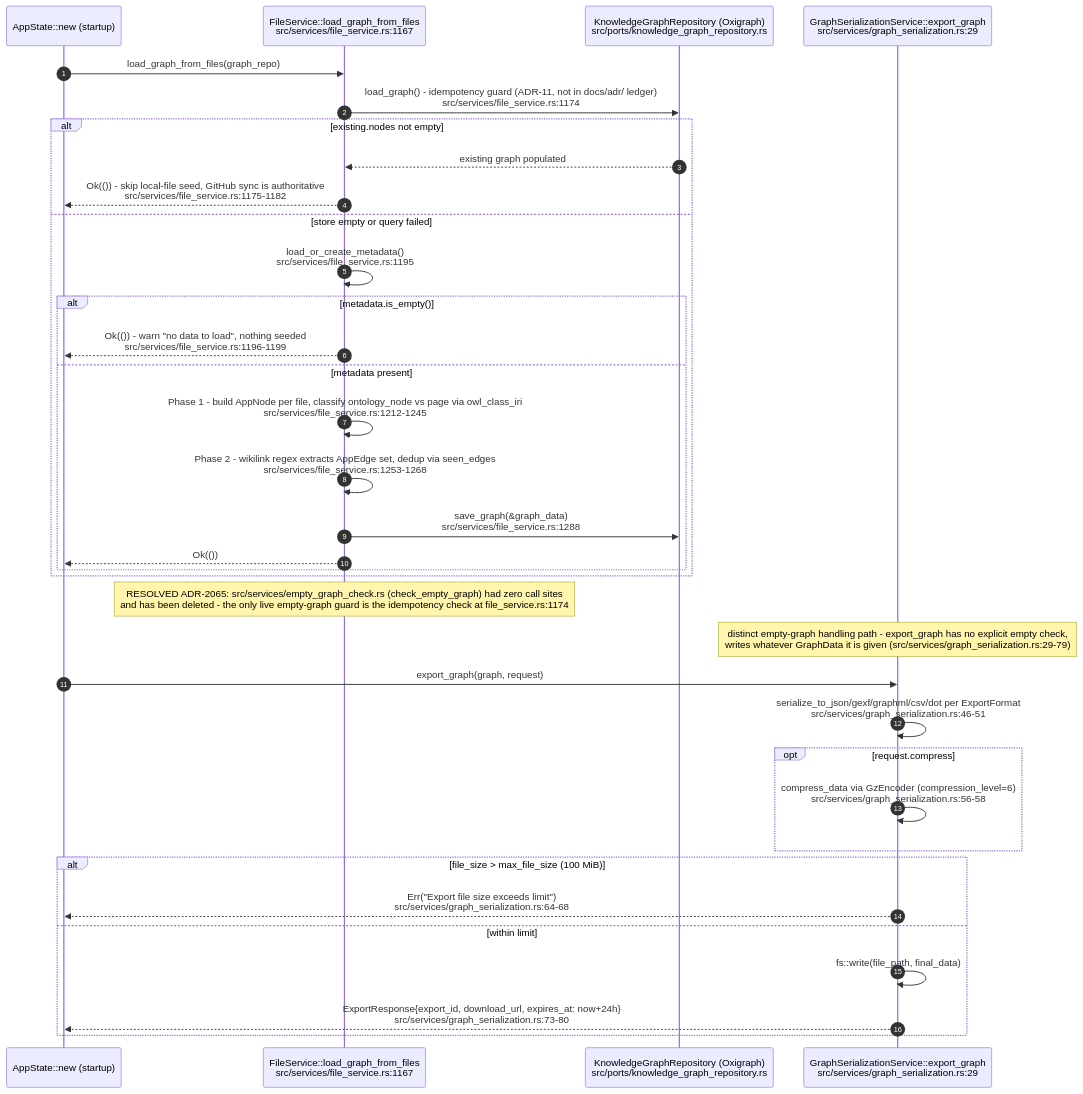
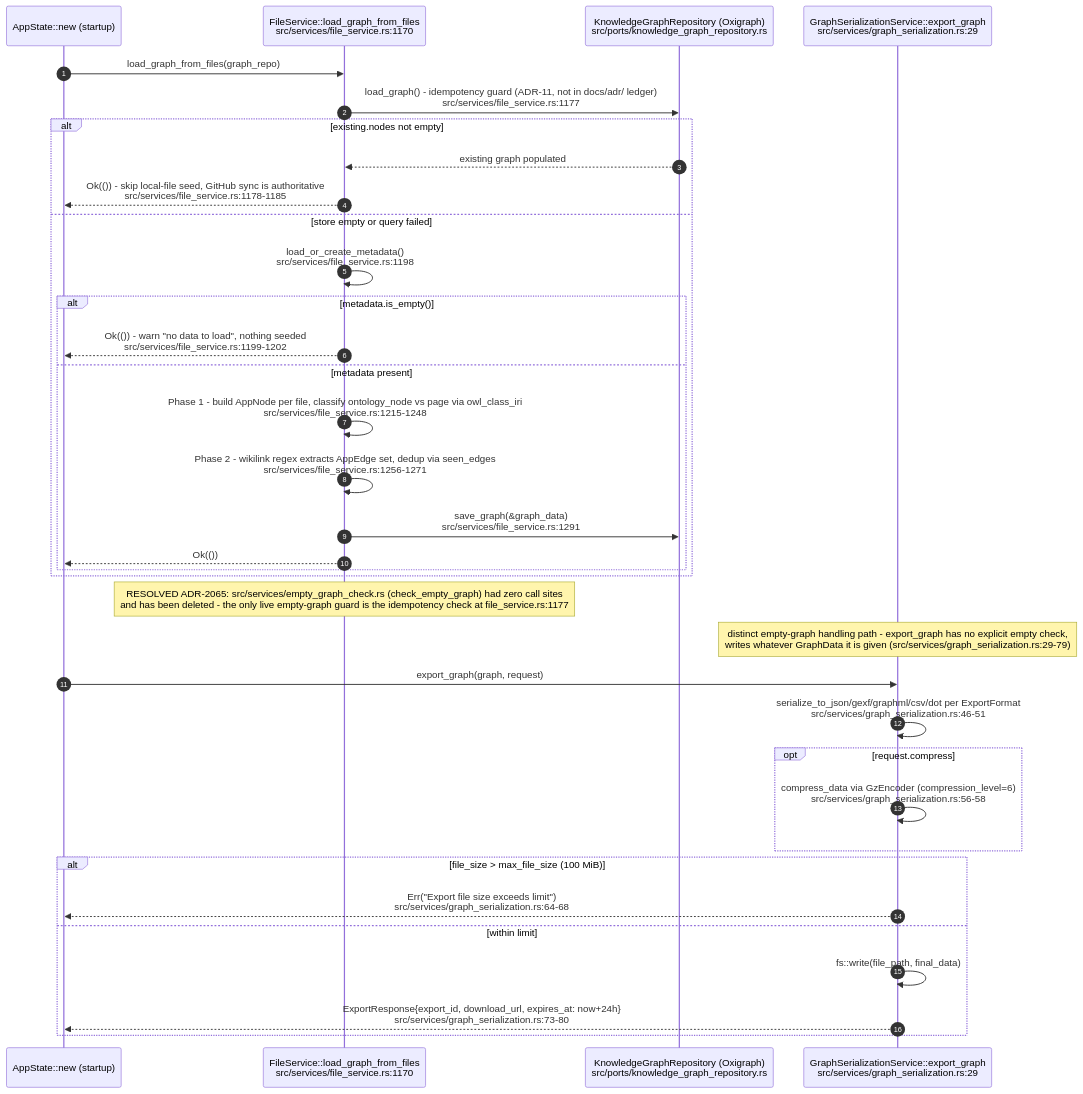
One commit to DreamLab-AI/AR-AI-Knowledge-Graph changed diagram 13 of 13 in docs/diagrams/visionclaw/25-insight-kpi-nlq-semantics.md. Above: the diagram before and after it, drawn with Mermaid. The commit also changed other lines of this file and 73 other files, not shown here.

First line of the commit message:
docs(diagrams): re-verify all 71 topic files against HEAD; add --cite-check

````diff
--- a/docs/diagrams/visionclaw/25-insight-kpi-nlq-semantics.md
+++ b/docs/diagrams/visionclaw/25-insight-kpi-nlq-semantics.md
@@ -495,40 +495,40 @@
 ```mermaid
 sequenceDiagram
     autonumber
     participant Boot as AppState::new (startup)
-    participant FS as FileService::load_graph_from_files<br/>src/services/file_service.rs:1167
+    participant FS as FileService::load_graph_from_files<br/>src/services/file_service.rs:1170
     participant Repo as KnowledgeGraphRepository (Oxigraph)<br/>src/ports/knowledge_graph_repository.rs
     participant GSS as GraphSerializationService::export_graph<br/>src/services/graph_serialization.rs:29
 
     Boot->>FS: load_graph_from_files(graph_repo)
-    FS->>Repo: load_graph() - idempotency guard (ADR-11, not in docs/adr/ ledger)<br/>src/services/file_service.rs:1174
+    FS->>Repo: load_graph() - idempotency guard (ADR-11, not in docs/adr/ ledger)<br/>src/services/file_service.rs:1177
     alt existing.nodes not empty
         Repo-->>FS: existing graph populated
-        FS-->>Boot: Ok(()) - skip local-file seed, GitHub sync is authoritative<br/>src/services/file_service.rs:1175-1182
+        FS-->>Boot: Ok(()) - skip local-file seed, GitHub sync is authoritative<br/>src/services/file_service.rs:1178-1185
     else store empty or query failed
-        FS->>FS: load_or_create_metadata()<br/>src/services/file_service.rs:1195
+        FS->>FS: load_or_create_metadata()<br/>src/services/file_service.rs:1198
         alt metadata.is_empty()
-            FS-->>Boot: Ok(()) - warn "no data to load", nothing seeded<br/>src/services/file_service.rs:1196-1199
+            FS-->>Boot: Ok(()) - warn "no data to load", nothing seeded<br/>src/services/file_service.rs:1199-1202
         else metadata present
-            FS->>FS: Phase 1 - build AppNode per file, classify ontology_node vs page via owl_class_iri<br/>src/services/file_service.rs:1212-1245
-            FS->>FS: Phase 2 - wikilink regex extracts AppEdge set, dedup via seen_edges<br/>src/services/file_service.rs:1253-1268
-            FS->>Repo: save_graph(&graph_data)<br/>src/services/file_service.rs:1288
+            FS->>FS: Phase 1 - build AppNode per file, classify ontology_node vs page via owl_class_iri<br/>src/services/file_service.rs:1215-1248
+            FS->>FS: Phase 2 - wikilink regex extracts AppEdge set, dedup via seen_edges<br/>src/services/file_service.rs:1256-1271
+            FS->>Repo: save_graph(&graph_data)<br/>src/services/file_service.rs:1291
             FS-->>Boot: Ok(())
         end
     end
 
-    Note over FS: RESOLVED ADR-2065: src/services/empty_graph_check.rs (check_empty_graph) had zero call sites<br/>and has been deleted - the only live empty-graph guard is the idempotency check at file_service.rs:1174
+    Note over FS: RESOLVED ADR-2065: src/services/empty_graph_check.rs (check_empty_graph) had zero call sites<br/>and has been deleted - the only live empty-graph guard is the idempotency check at file_service.rs:1177
 
     Note over GSS: distinct empty-graph handling path - export_graph has no explicit empty check,<br/>writes whatever GraphData it is given (src/services/graph_serialization.rs:29-79)
     Boot->>GSS: export_graph(graph, request)
     GSS->>GSS: serialize_to_json/gexf/graphml/csv/dot per ExportFormat<br/>src/services/graph_serialization.rs:46-51
     opt request.compress
         GSS->>GSS: compress_data via GzEncoder (compression_level=6)<br/>src/services/graph_serialization.rs:56-58
     end
     alt file_size > max_file_size (100 MiB)
         GSS-->>Boot: Err("Export file size exceeds limit")<br/>src/services/graph_serialization.rs:64-68
     else within limit
         GSS->>GSS: fs::write(file_path, final_data)
         GSS-->>Boot: ExportResponse{export_id, download_url, expires_at: now+24h}<br/>src/services/graph_serialization.rs:73-80
     end
 ```
````
